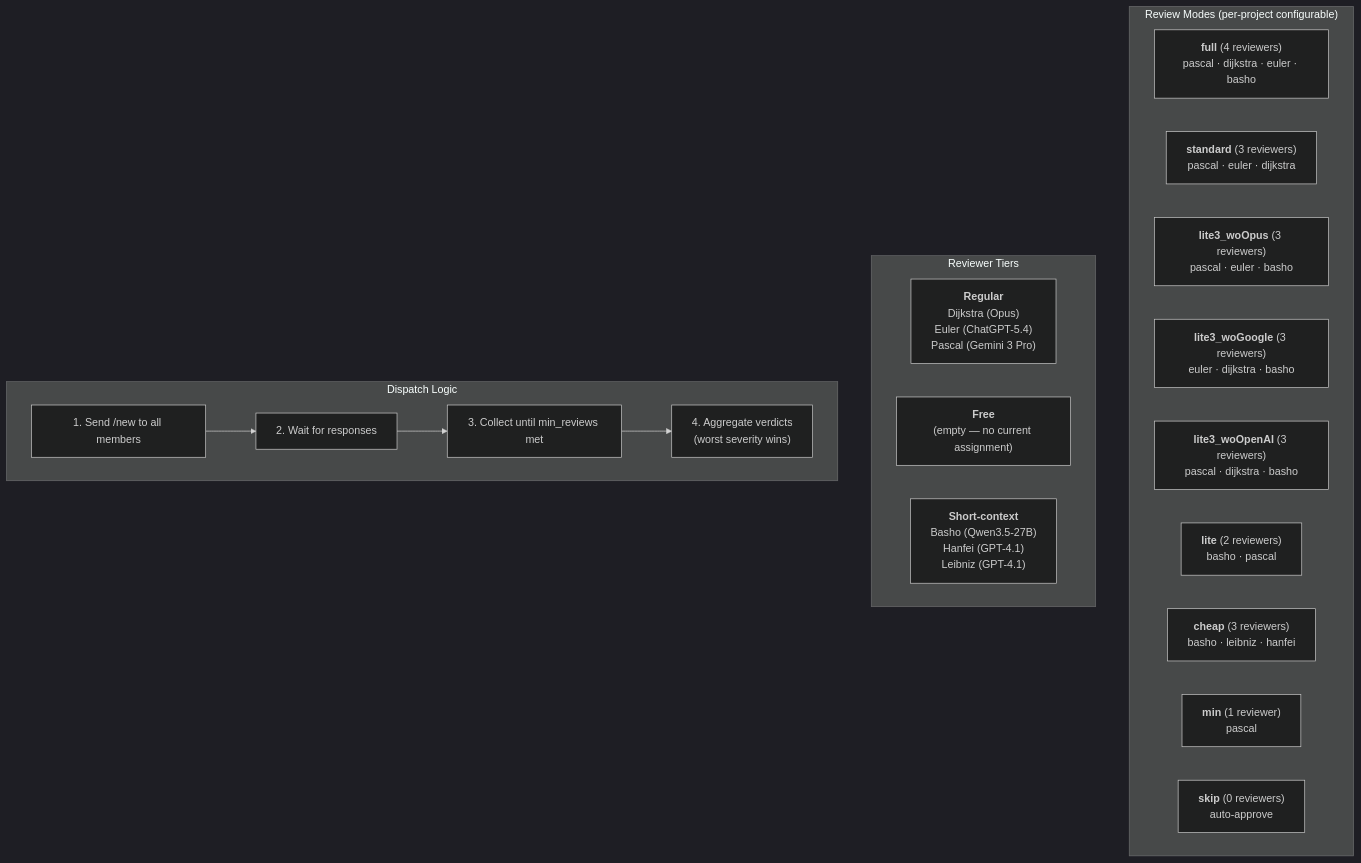
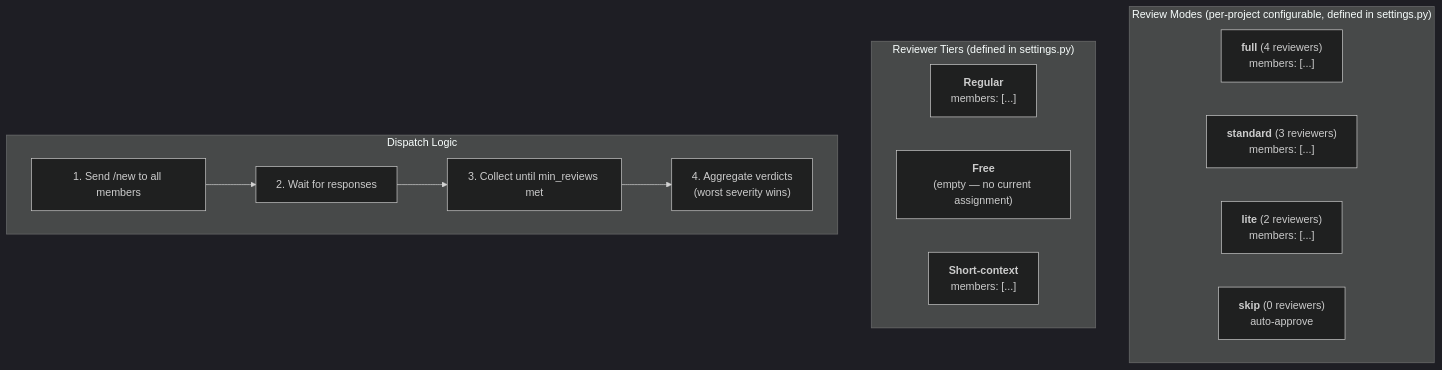
The third of 5 diagrams in docs/architecture.md (atakalive/gokrax), drawn with Mermaid (dark theme) before and after one commit. The commit also changed other lines of this file and 2 other files, not shown here.

````diff
--- a/docs/architecture.md
+++ b/docs/architecture.md
@@ -126,29 +126,24 @@
 ```mermaid
 graph TB
-    subgraph "Review Modes (per-project configurable)"
-        FULL["<b>full</b> (4 reviewers)<br/>pascal · dijkstra · euler · basho"]
-        STD["<b>standard</b> (3 reviewers)<br/>pascal · euler · dijkstra"]
-        L3WO["<b>lite3_woOpus</b> (3 reviewers)<br/>pascal · euler · basho"]
-        L3WG["<b>lite3_woGoogle</b> (3 reviewers)<br/>euler · dijkstra · basho"]
-        L3WA["<b>lite3_woOpenAI</b> (3 reviewers)<br/>pascal · dijkstra · basho"]
-        LITE["<b>lite</b> (2 reviewers)<br/>basho · pascal"]
-        CHEAP["<b>cheap</b> (3 reviewers)<br/>basho · leibniz · hanfei"]
-        MIN["<b>min</b> (1 reviewer)<br/>pascal"]
+    subgraph "Review Modes (per-project configurable, defined in settings.py)"
+        FULL["<b>full</b> (4 reviewers)<br/>members: [...]"]
+        STD["<b>standard</b> (3 reviewers)<br/>members: [...]"]
+        LITE["<b>lite</b> (2 reviewers)<br/>members: [...]"]
         SKIP["<b>skip</b> (0 reviewers)<br/>auto-approve"]
     end
 
-    subgraph "Reviewer Tiers"
-        REG["<b>Regular</b><br/>Dijkstra (Opus)<br/>Euler (ChatGPT-5.4)<br/>Pascal (Gemini 3 Pro)"]
+    subgraph "Reviewer Tiers (defined in settings.py)"
+        REG["<b>Regular</b><br/>members: [...]"]
         FREE["<b>Free</b><br/>(empty — no current assignment)"]
-        SHORT["<b>Short-context</b><br/>Basho (Qwen3.5-27B)<br/>Hanfei (GPT-4.1)<br/>Leibniz (GPT-4.1)"]
+        SHORT["<b>Short-context</b><br/>members: [...]"]
     end
 
     subgraph "Dispatch Logic"
         D1["1. Send /new to all members"]
         D2["2. Wait for responses"]
         D3["3. Collect until min_reviews met"]
         D4["4. Aggregate verdicts<br/>   (worst severity wins)"]
     end
 
     D1 --> D2 --> D3 --> D4
 ```
````
